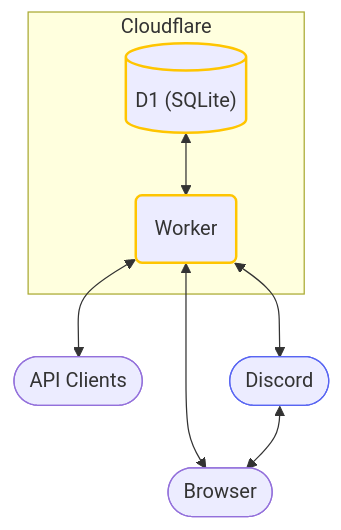
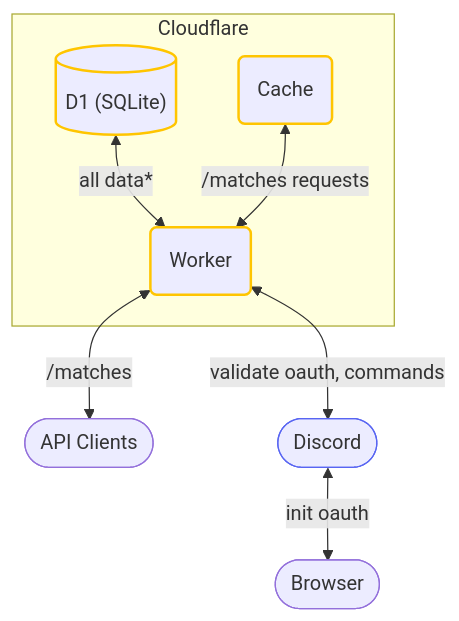
The diagram in README.md (beeequeue/dota-matches-api), drawn with Mermaid before and after one commit. The commit also changed other lines of this file and 5 other files, not shown here.

Commit message:
Cache `/matches` Responses In CF and Browsers (#132)

````diff
--- a/README.md
+++ b/README.md
@@ -48,22 +48,25 @@
 ```mermaid
 flowchart TD
-  api([API Clients])
+  clients([API Clients])
   browser([Browser])
   worker(Worker):::cf
   discord([Discord]):::discord
   d1[("D1 (SQLite)")]:::cf
+  cache("Cache"):::cf
 
   classDef cf stroke:#FFC500,stroke-width:2px
   classDef discord stroke:#5865F2
 
   subgraph Cloudflare
     worker
     d1
+    cache
   end
 
-  d1 <--> worker
-  worker <--> api
-  worker <--> discord
-  worker <--> browser
-  discord <--> browser
+  d1 <-- all data* --> worker
+  cache <-- /matches requests --> worker
+  worker <-- /matches --> clients
+  worker <-- validate oauth, commands --> discord
+  %% worker <--> browser
+  discord <-- init oauth --> browser
 ```
````
